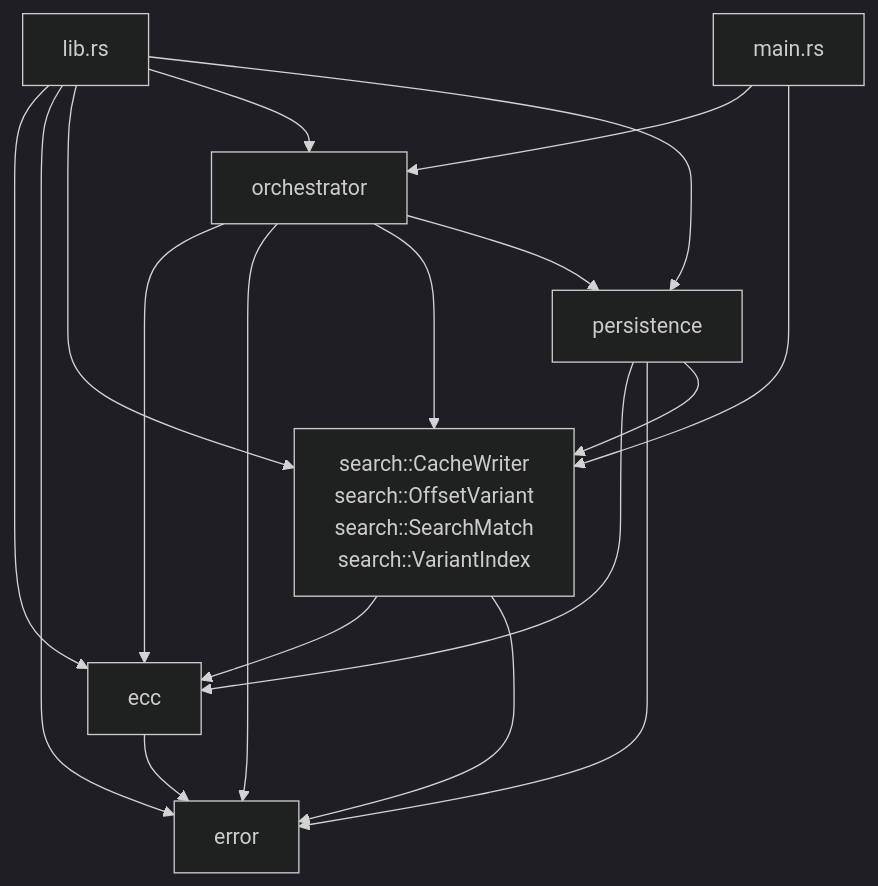
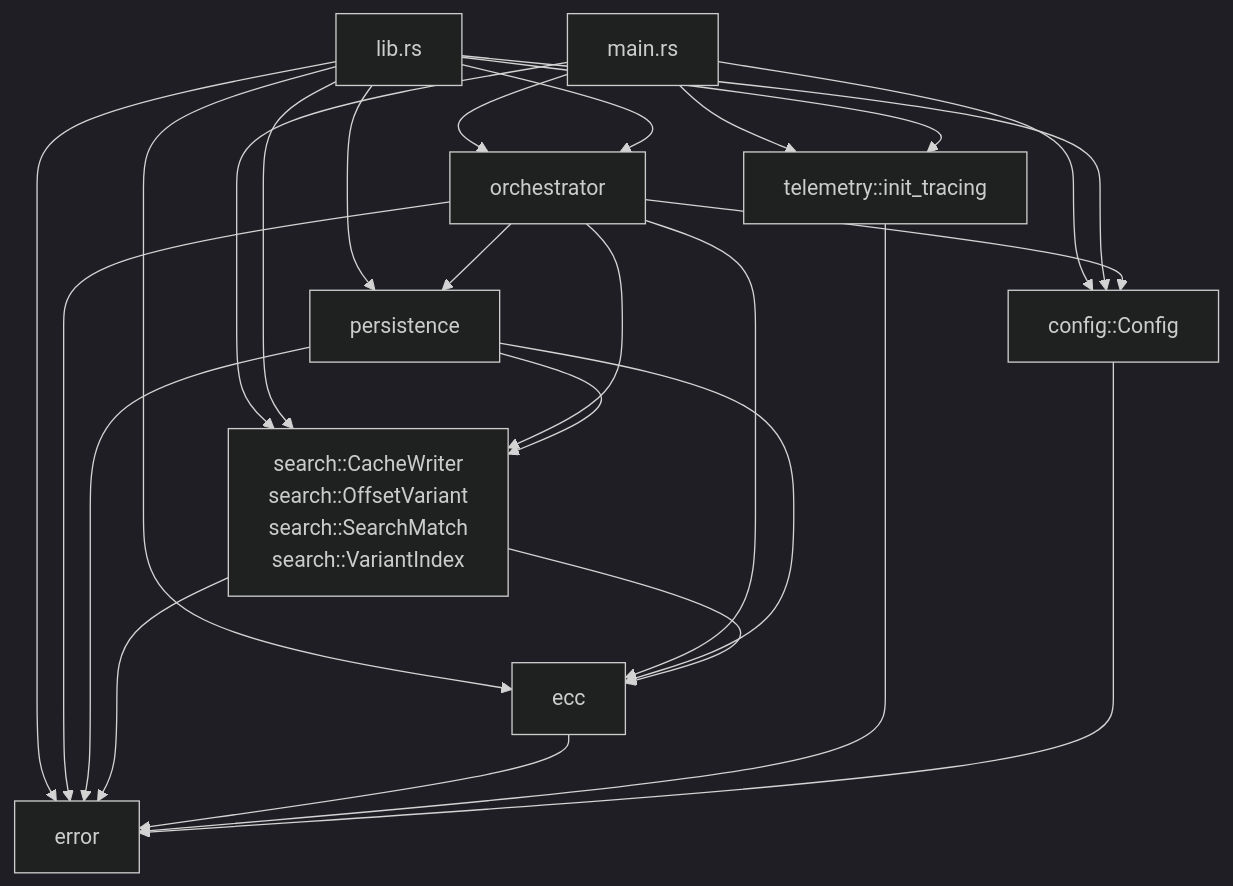
Before and after one commit to sachn-cs/find: the diagram in docs/modules.md, drawn with Mermaid (dark theme). The commit also changed other lines of this file and 30 other files, not shown here.

````diff
--- a/docs/modules.md
+++ b/docs/modules.md
@@ -20,20 +22,27 @@
 ```mermaid
 graph TD
     main[main.rs] --> orchestrator
+    main --> config[config::Config]
+    main --> telemetry[telemetry::init_tracing]
     main --> search[search::SearchMatch]
-    lib[lib.rs] --> ecc
+    lib[lib.rs] --> config
+    lib --> telemetry
+    lib --> ecc
     lib --> error
     lib --> search
     lib --> orchestrator
     lib --> persistence
+    orchestrator --> config
     orchestrator --> ecc
     orchestrator --> error
     orchestrator --> search
     orchestrator --> persistence
     persistence --> ecc
     persistence --> error
     persistence --> search[search::CacheWriter<br/>search::OffsetVariant<br/>search::SearchMatch<br/>search::VariantIndex]
     search --> ecc
     search --> error
     ecc --> error
+    telemetry --> error
+    config --> error
 ```
````
